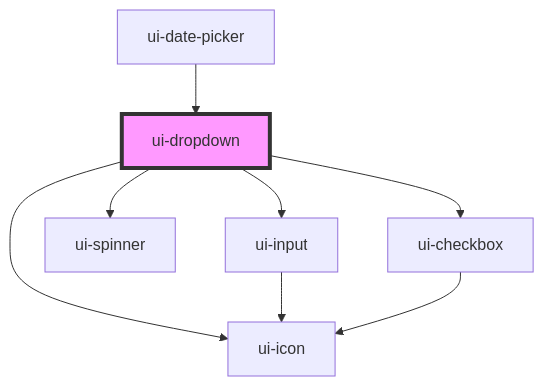
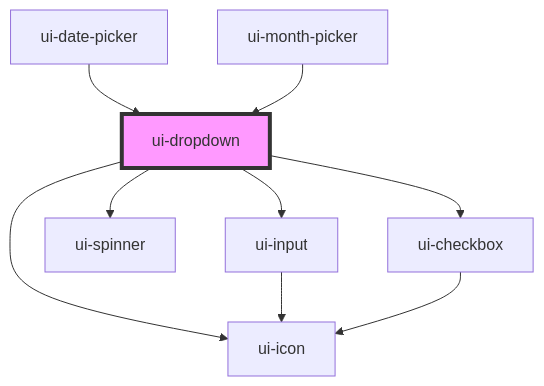
One commit to karan-technous/web-componenets-custome-lib changed the diagram in ui-platform/packages/web-components/src/components/ui-dropdown/readme.md. Above: the diagram before and after it, drawn with Mermaid. The commit also changed other lines of this file and 19 other files, not shown here.

Commit message:
month picker added

````diff
--- a/ui-platform/packages/web-components/src/components/ui-dropdown/readme.md
+++ b/ui-platform/packages/web-components/src/components/ui-dropdown/readme.md
@@ -60,11 +61,12 @@
 ```mermaid
 graph TD;
   ui-dropdown --> ui-input
   ui-dropdown --> ui-icon
   ui-dropdown --> ui-spinner
   ui-dropdown --> ui-checkbox
   ui-input --> ui-icon
   ui-checkbox --> ui-icon
   ui-date-picker --> ui-dropdown
+  ui-month-picker --> ui-dropdown
   style ui-dropdown fill:#f9f,stroke:#333,stroke-width:4px
 ```
````
